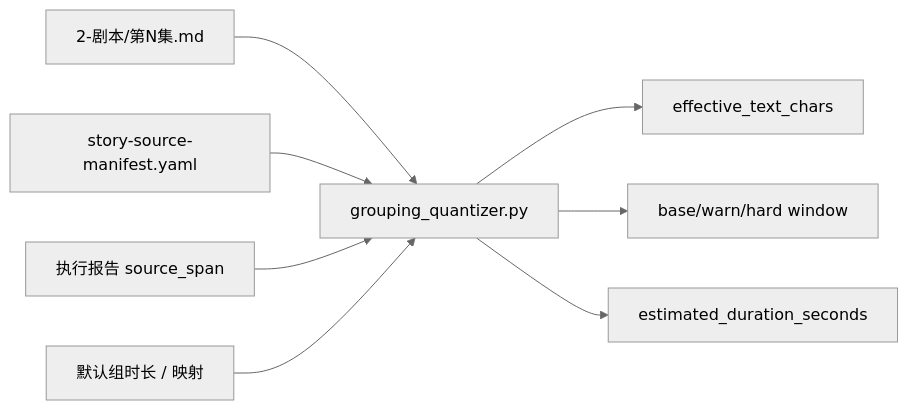
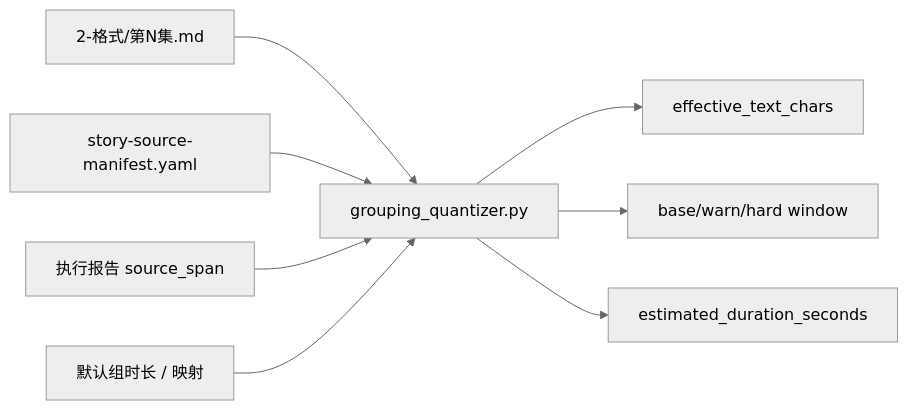
Before and after one commit to ZEN-VOID/AI-CUT: the second of 3 diagrams in .agents/skills/aigc/1-Planning/3-分组/SKILL.md, drawn with Mermaid (neutral theme). The commit also changed other lines of this file and 307 other files, not shown here.

````diff
--- a/.agents/skills/aigc/1-Planning/3-分组/SKILL.md
+++ b/.agents/skills/aigc/1-Planning/3-分组/SKILL.md
@@ -67,10 +67,10 @@
 ```mermaid
 flowchart LR
-    A["2-剧本/第N集.md"] --> Q["grouping_quantizer.py"]
+    A["2-格式/第N集.md"] --> Q["grouping_quantizer.py"]
     B["story-source-manifest.yaml"] --> Q
     C["执行报告 source_span"] --> Q
     D["默认组时长 / 映射"] --> Q
     Q --> E["effective_text_chars"]
     Q --> F["base/warn/hard window"]
     Q --> G["estimated_duration_seconds"]
 ```
````
